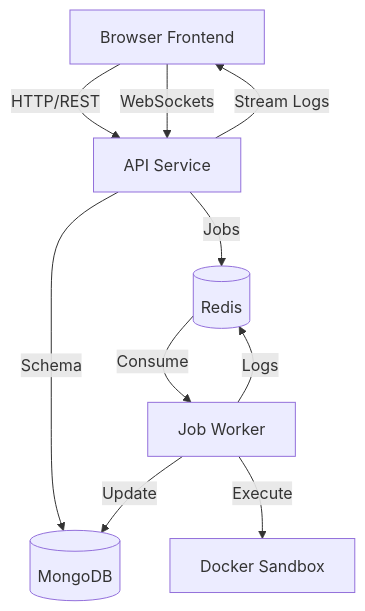
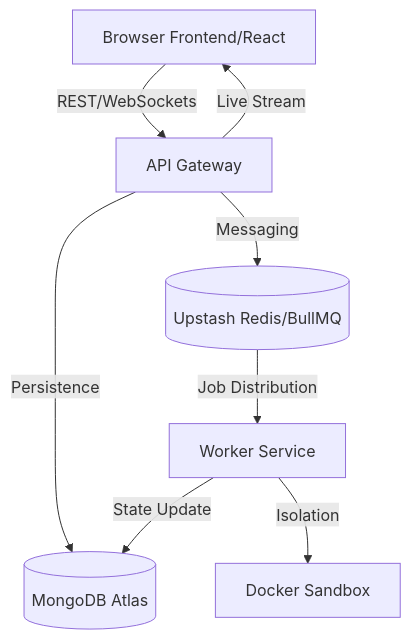
Before and after one commit to syedmukheeth/SAM-Compiler: the diagram in README.md, drawn with Mermaid. The commit also changed other lines of this file, not shown here.

````diff
--- a/README.md
+++ b/README.md
@@ -9,12 +21,10 @@
 ```mermaid
 graph TD
-    Client[Browser Frontend] -->|HTTP/REST| API[API Service]
-    Client -->|WebSockets| API
-    API -->|Schema| DB[(MongoDB)]
-    API -->|Jobs| Redis[(Redis)]
-    Redis -->|Consume| Worker[Job Worker]
-    Worker -->|Execute| Sandbox[Docker Sandbox]
-    Worker -->|Update| DB
-    Worker -->|Logs| Redis
-    API -->|Stream Logs| Client
+    Client[Browser Frontend/React] -->|REST/WebSockets| API[API Gateway]
+    API -->|Persistence| DB[(MongoDB Atlas)]
+    API -->|Messaging| Redis[(Upstash Redis/BullMQ)]
+    Redis -->|Job Distribution| Worker[Worker Service]
+    Worker -->|Isolation| Sandbox[Docker Sandbox]
+    Worker -->|State Update| DB
+    API -->|Live Stream| Client
 ```
````
